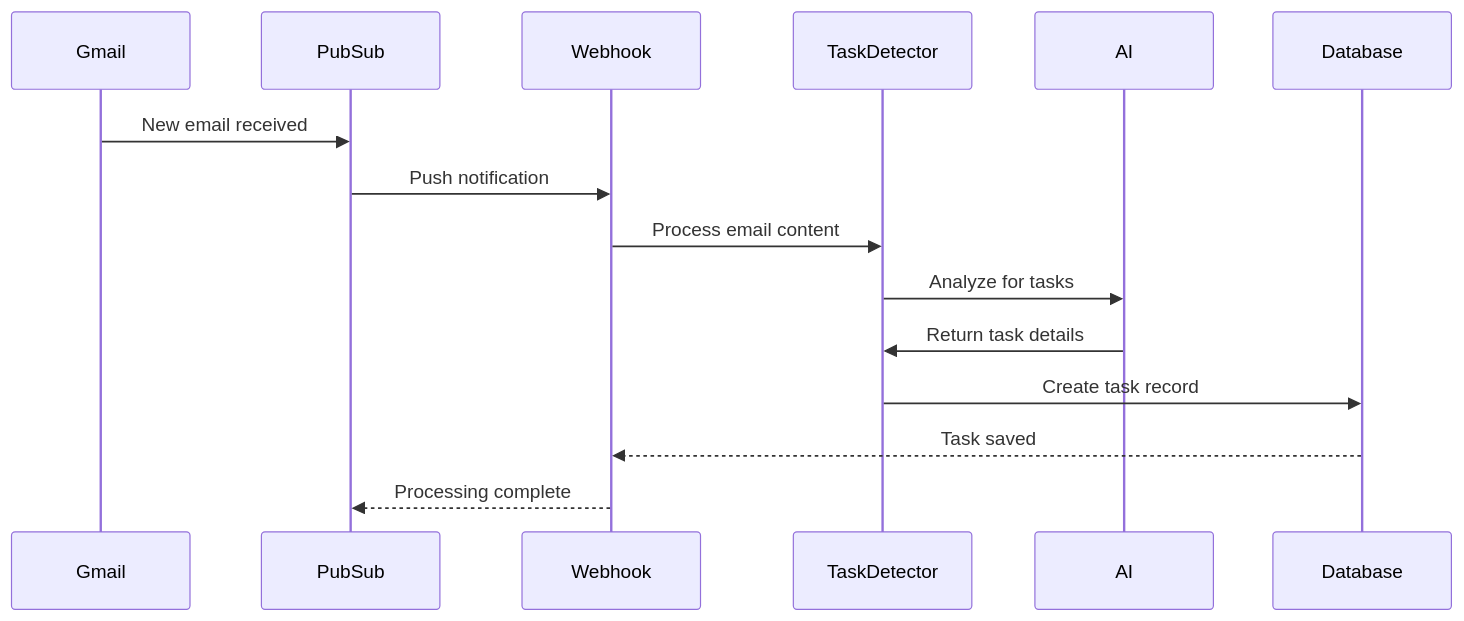
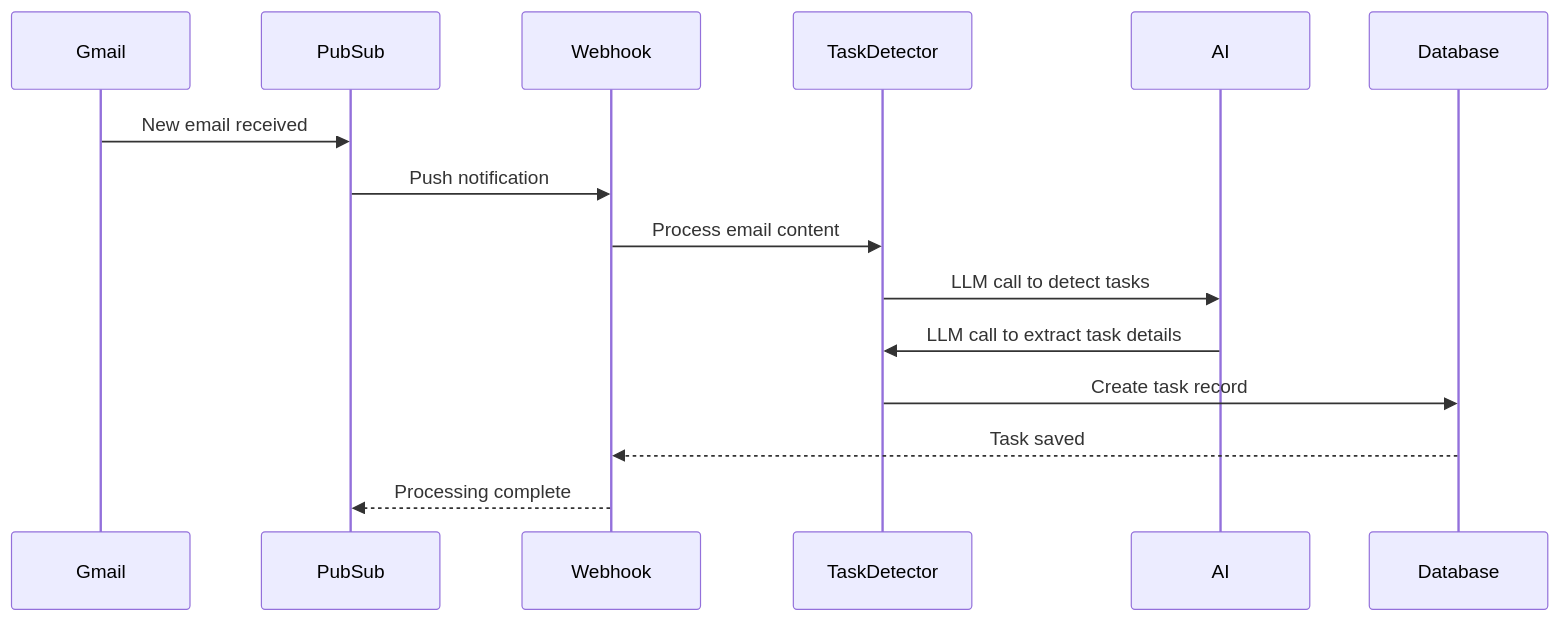
Before and after one commit to ThibautHurson/AssistantToTheRegionalManager: the fourth of 5 diagrams in README.md, drawn with Mermaid. The commit also changed other lines of this file, not shown here.

````diff
--- a/README.md
+++ b/README.md
@@ -381,18 +340,18 @@
 ```mermaid
 sequenceDiagram
     participant Gmail
     participant PubSub
     participant Webhook
     participant TaskDetector
     participant AI
     participant Database
     
     Gmail->>PubSub: New email received
     PubSub->>Webhook: Push notification
     Webhook->>TaskDetector: Process email content
-    TaskDetector->>AI: Analyze for tasks
-    AI->>TaskDetector: Return task details
+    TaskDetector->>AI:LLM call to detect tasks
+    AI->>TaskDetector: LLM call to extract task details
     TaskDetector->>Database: Create task record
     Database-->>Webhook: Task saved
     Webhook-->>PubSub: Processing complete
 ```
````
